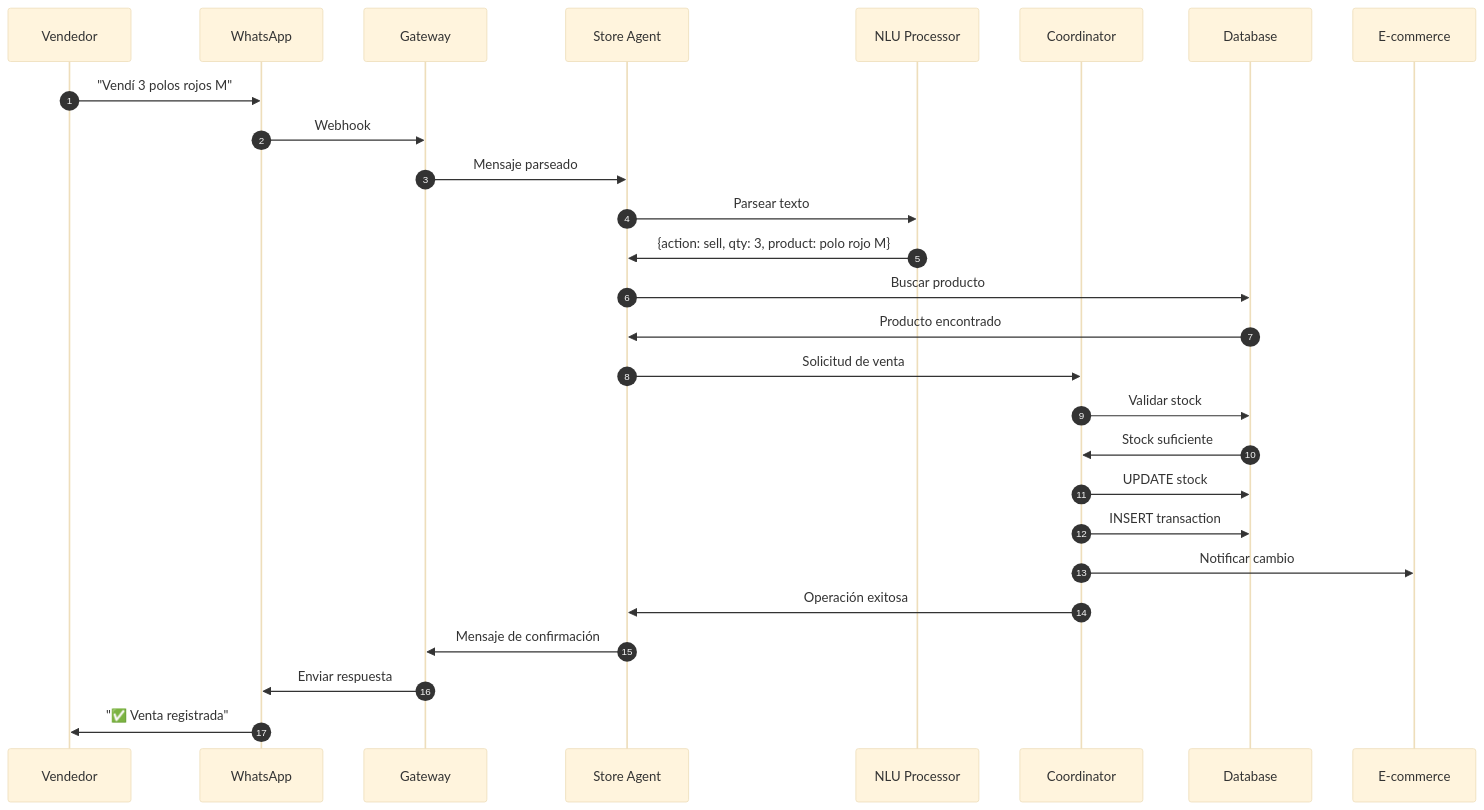
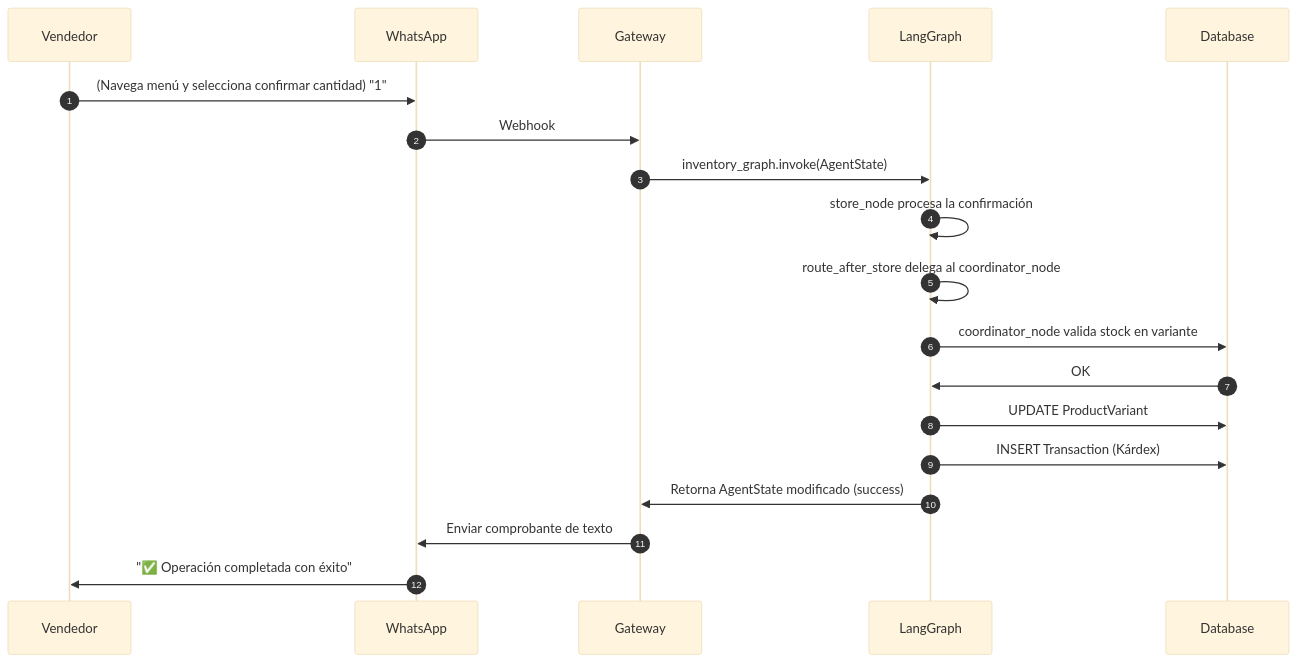
The fourth of 11 diagrams in docs/ARCHITECTURE.md (adriancsc/Tesis-2-whatsapp-api), drawn with Mermaid (base theme) before and after one commit. The commit also changed other lines of this file and 12 other files, not shown here.

Commit message:
Refactor: Implementación de arquitectura multiagente con LangGraph para control de menús y kárdex

````diff
--- a/docs/ARCHITECTURE.md
+++ b/docs/ARCHITECTURE.md
@@ -264,30 +184,22 @@
 ```mermaid
 sequenceDiagram
     autonumber
     participant V as Vendedor
     participant WA as WhatsApp
     participant GW as Gateway
-    participant SA as Store Agent
-    participant NLU as NLU Processor
-    participant CA as Coordinator
+    participant IG as LangGraph
     participant DB as Database
-    participant EC as E-commerce
     
-    V->>WA: "Vendí 3 polos rojos M"
+    V->>WA: (Navega menú y selecciona confirmar cantidad) "1"
     WA->>GW: Webhook
-    GW->>SA: Mensaje parseado
-    SA->>NLU: Parsear texto
-    NLU->>SA: {action: sell, qty: 3, product: polo rojo M}
-    SA->>DB: Buscar producto
-    DB->>SA: Producto encontrado
-    SA->>CA: Solicitud de venta
-    CA->>DB: Validar stock
-    DB->>CA: Stock suficiente
-    CA->>DB: UPDATE stock
-    CA->>DB: INSERT transaction
-    CA->>EC: Notificar cambio
-    CA->>SA: Operación exitosa
-    SA->>GW: Mensaje de confirmación
-    GW->>WA: Enviar respuesta
-    WA->>V: "✅ Venta registrada"
+    GW->>IG: inventory_graph.invoke(AgentState)
+    IG->>IG: store_node procesa la confirmación
+    IG->>IG: route_after_store delega al coordinator_node
+    IG->>DB: coordinator_node valida stock en variante
+    DB->>IG: OK
+    IG->>DB: UPDATE ProductVariant
+    IG->>DB: INSERT Transaction (Kárdex)
+    IG->>GW: Retorna AgentState modificado (success)
+    GW->>WA: Enviar comprobante de texto
+    WA->>V: "✅ Operación completada con éxito"
 ```
````
